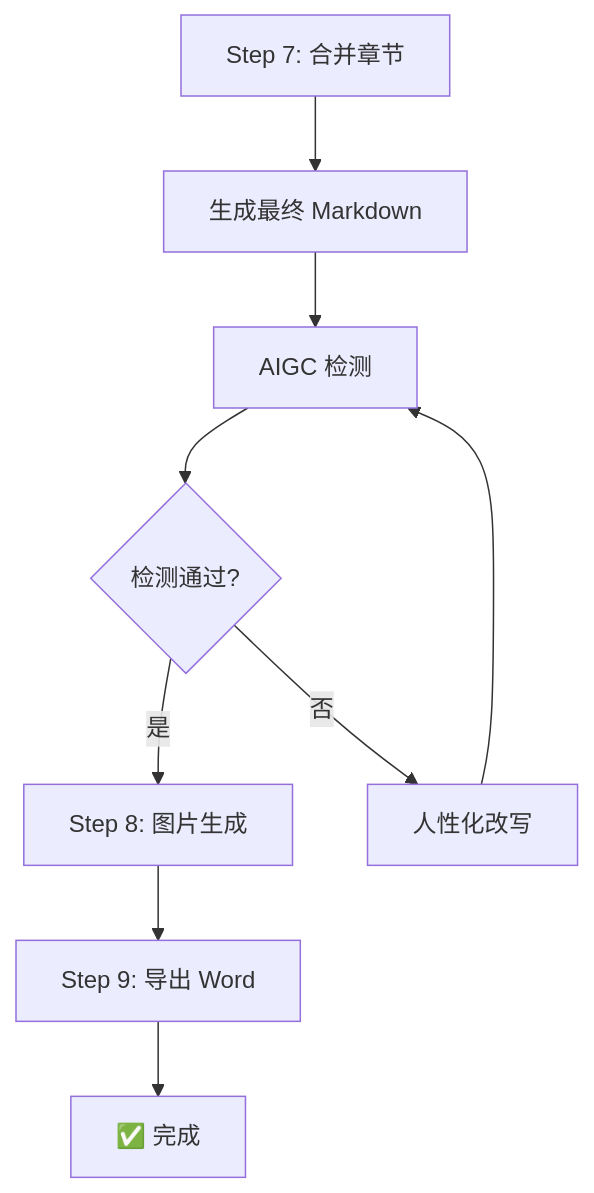
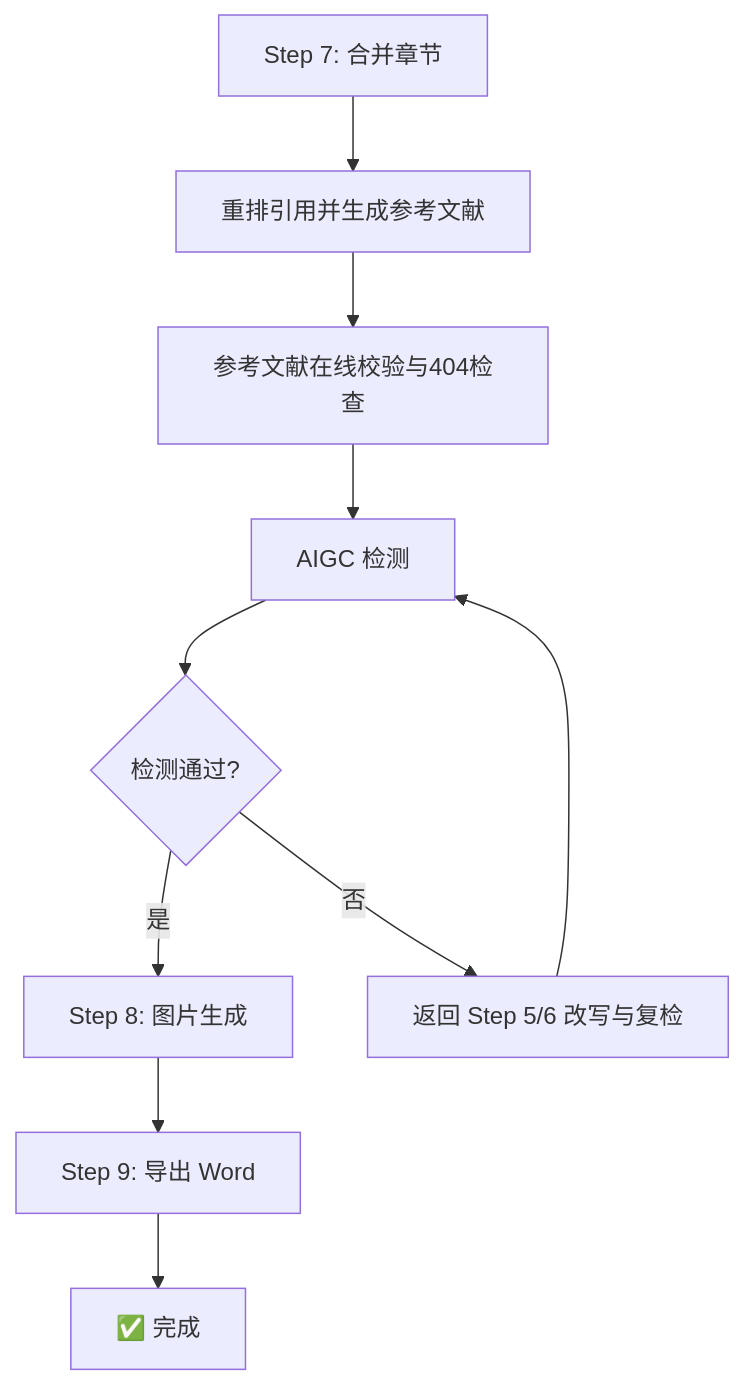
Before and after one commit to Stars-OC/thesis-creator: the diagram in workflows/step_7_merge_detect.md, drawn with Mermaid. The commit also changed other lines of this file and 16 other files, not shown here.

Commit message:
feat: 生图逻辑变更

````diff
--- a/workflows/step_7_merge_detect.md
+++ b/workflows/step_7_merge_detect.md
@@ -15,11 +15,12 @@
 ```mermaid
 flowchart TD
-    A[Step 7: 合并章节] --> B[生成最终 Markdown]
-    B --> C[AIGC 检测]
-    C --> D{检测通过?}
-    D -->|是| E[Step 8: 图片生成]
-    D -->|否| F[人性化改写]
-    F --> C
-    E --> G[Step 9: 导出 Word]
-    G --> H[✅ 完成]
+    A[Step 7: 合并章节] --> B[重排引用并生成参考文献]
+    B --> C[参考文献在线校验与404检查]
+    C --> D[AIGC 检测]
+    D --> E{检测通过?}
+    E -->|是| F[Step 8: 图片生成]
+    E -->|否| G[返回 Step 5/6 改写与复检]
+    G --> D
+    F --> H[Step 9: 导出 Word]
+    H --> I[✅ 完成]
 ```
````
